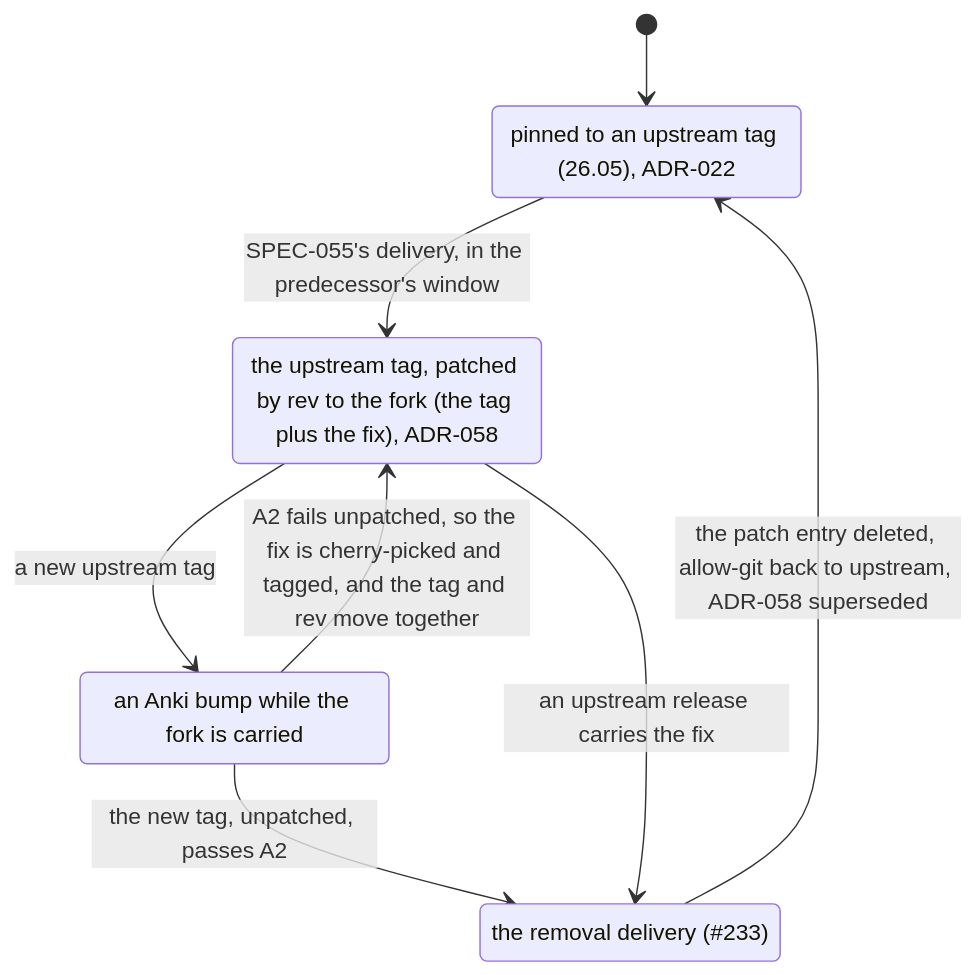
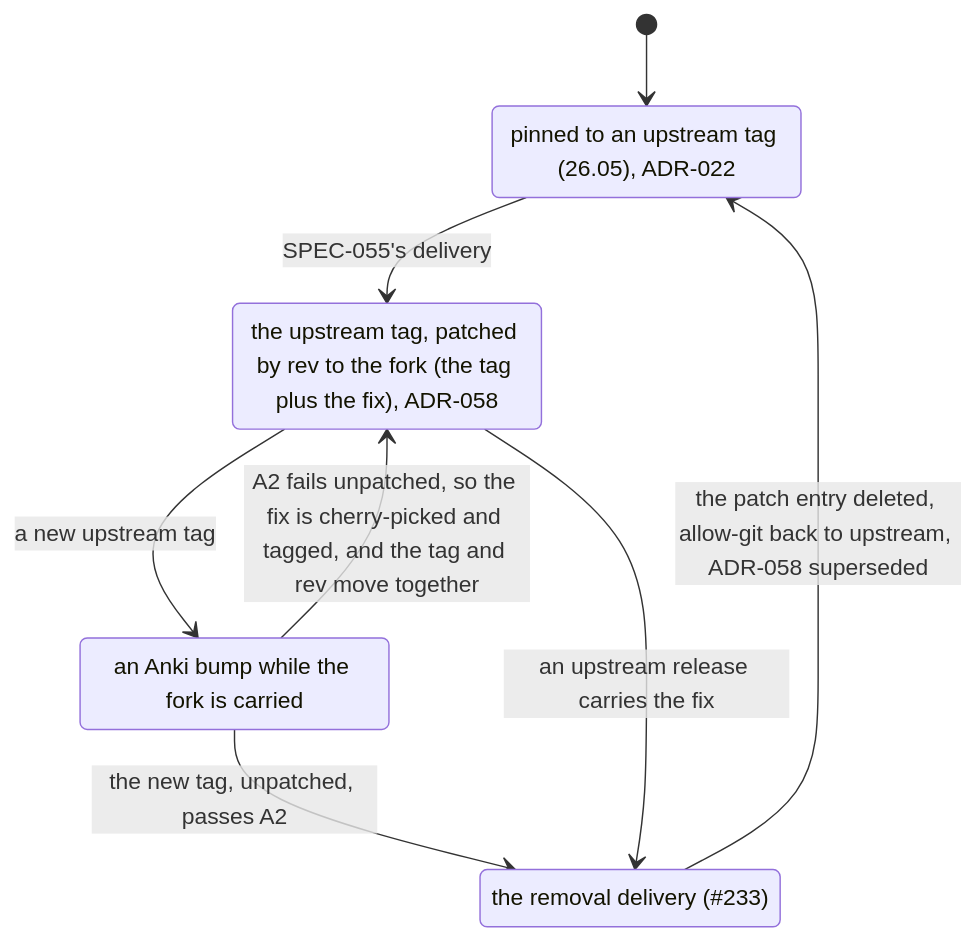
Before and after one commit to RexRenatus/deck-streak: the second of 2 diagrams in docs/schematics/engine-pin-lifecycle.md, drawn with Mermaid. The commit also changed other lines of this file and 3 other files, not shown here.

````diff
--- a/docs/schematics/engine-pin-lifecycle.md
+++ b/docs/schematics/engine-pin-lifecycle.md
@@ -58,15 +49,15 @@
 ```mermaid
 stateDiagram-v2
   [*] --> UpstreamTag
   UpstreamTag: pinned to an upstream tag (26.05), ADR-022
   ForkPinned: the upstream tag, patched by rev to the fork (the tag plus the fix), ADR-058
   Bump: an Anki bump while the fork is carried
   Removal: the removal delivery (#233)
 
-  UpstreamTag --> ForkPinned: SPEC-055's delivery, in the predecessor's window
+  UpstreamTag --> ForkPinned: SPEC-055's delivery
   ForkPinned --> Bump: a new upstream tag
   Bump --> Removal: the new tag, unpatched, passes A2
   Bump --> ForkPinned: A2 fails unpatched, so the fix is cherry-picked and tagged, and the tag and rev move together
   ForkPinned --> Removal: an upstream release carries the fix
   Removal --> UpstreamTag: the patch entry deleted, allow-git back to upstream, ADR-058 superseded
 ```
````
